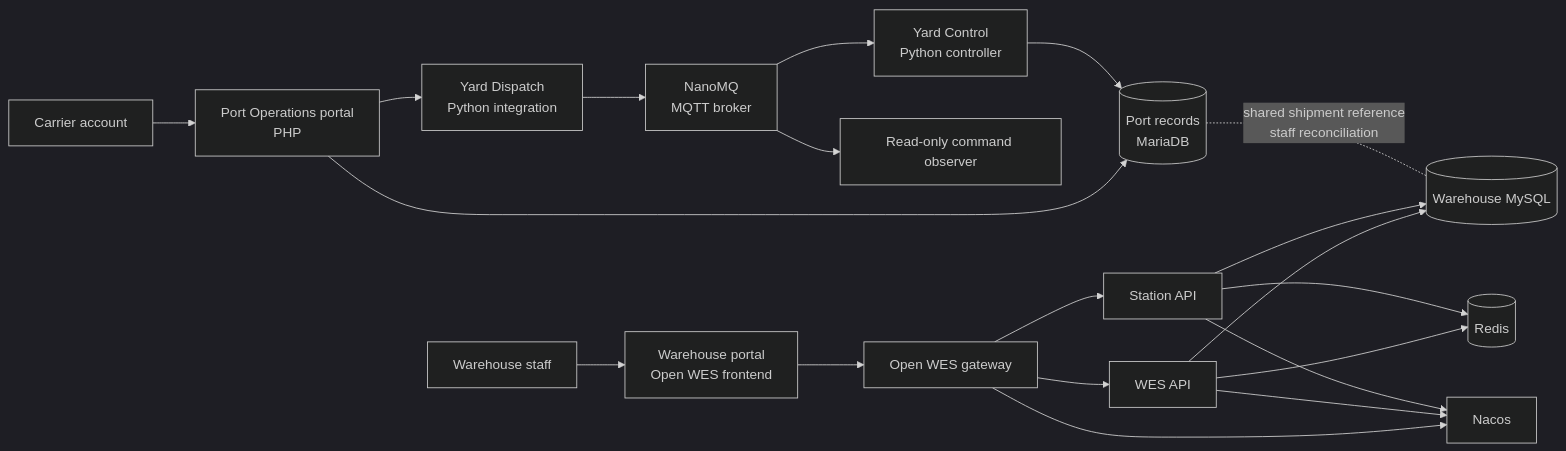
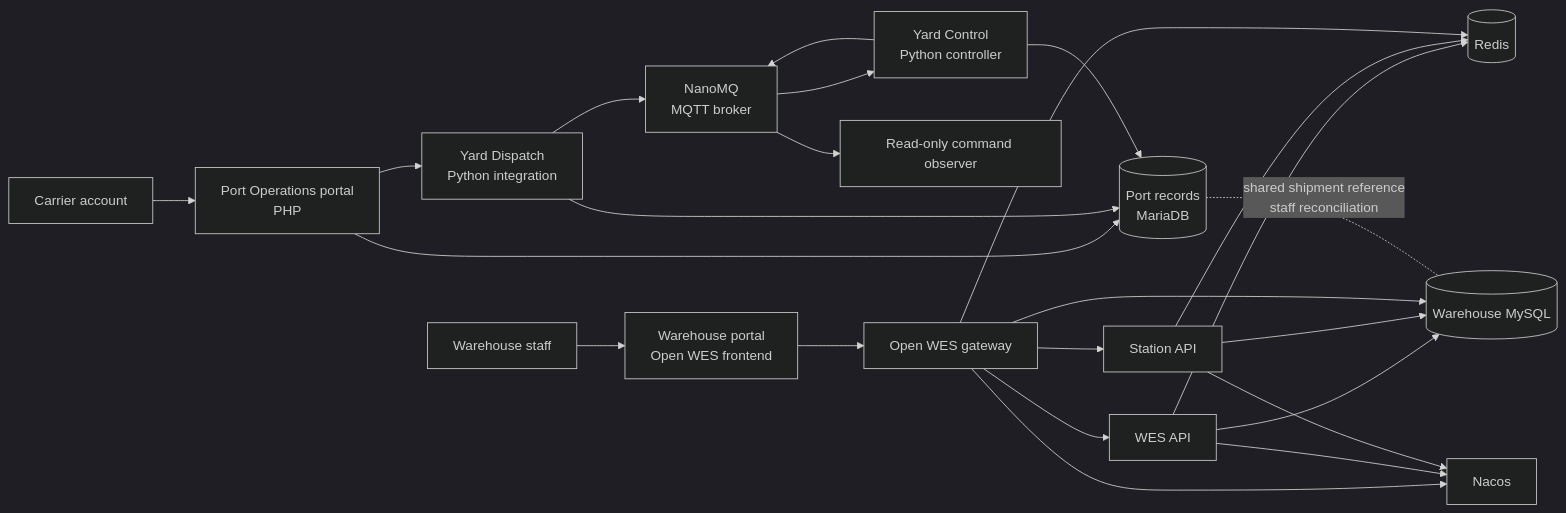
One commit to fooexec/MHBench changed the diagram in examples/scenarios/east-quay-terminal/README.md. Above: the diagram before and after it, drawn with Mermaid (dark theme). The commit also changed 7 other files, not shown here.

Commit message:
Model business handoffs separately from service flows

````diff
--- a/examples/scenarios/east-quay-terminal/README.md
+++ b/examples/scenarios/east-quay-terminal/README.md
@@ -58,24 +58,28 @@
 ```mermaid
 flowchart LR
   carrier[Carrier account] --> portal[Port Operations portal<br/>PHP]
   portal --> portdb[(Port records<br/>MariaDB)]
   portal --> dispatch[Yard Dispatch<br/>Python integration]
+  dispatch --> portdb
   dispatch --> broker[NanoMQ<br/>MQTT broker]
+  control --> broker
   broker --> control[Yard Control<br/>Python controller]
   broker --> observer[Read-only command observer]
   control --> portdb
 
   warehouse[Warehouse staff] --> wesui[Warehouse portal<br/>Open WES frontend]
   wesui --> gateway[Open WES gateway]
   gateway --> wes[WES API]
   gateway --> station[Station API]
   wes --> wdb[(Warehouse MySQL)]
   station --> wdb
+  gateway --> wdb
   wes --> cache[(Redis)]
   station --> cache
+  gateway --> cache
   gateway --> config[Nacos]
   wes --> config
   station --> config
 
   portdb -. shared shipment reference<br/>staff reconciliation .- wdb
 ```
````
